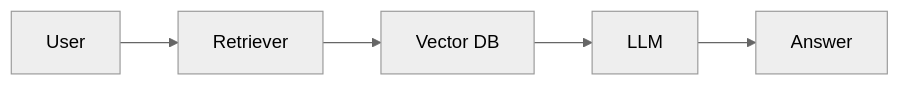
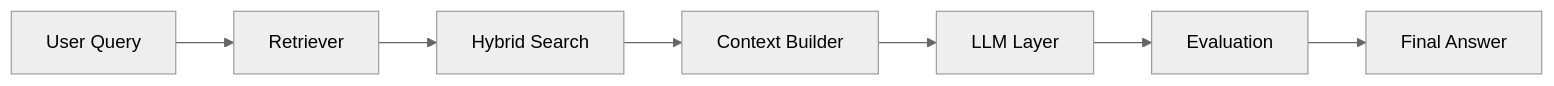
The diagram in README.md (akshima09/Akshima-Sharma), drawn with Mermaid (neutral theme) before and after one commit. The commit also changed other lines of this file, not shown here.

````diff
--- a/README.md
+++ b/README.md
@@ -26,7 +50,9 @@
 ```mermaid
 flowchart LR
-A[User] --> B[Retriever]
-B --> C[Vector DB]
-C --> D[LLM]
-D --> E[Answer]
+    A[User Query] --> B[Retriever]
+    B --> C[Hybrid Search]
+    C --> D[Context Builder]
+    D --> E[LLM Layer]
+    E --> F[Evaluation]
+    F --> G[Final Answer]
 ```
````
